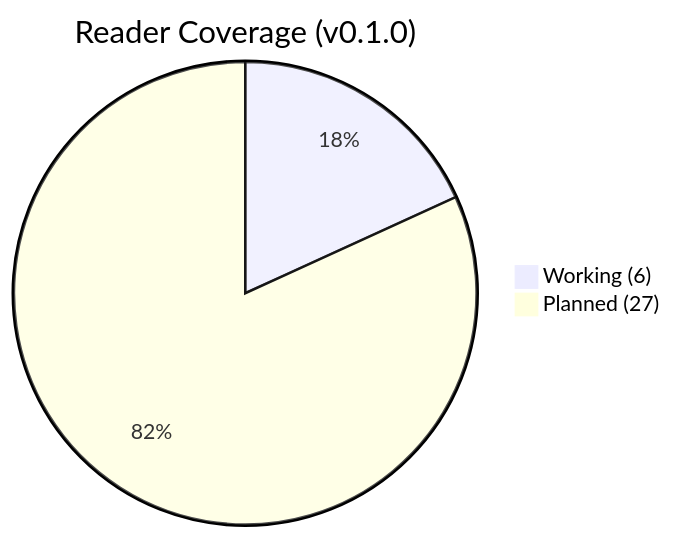
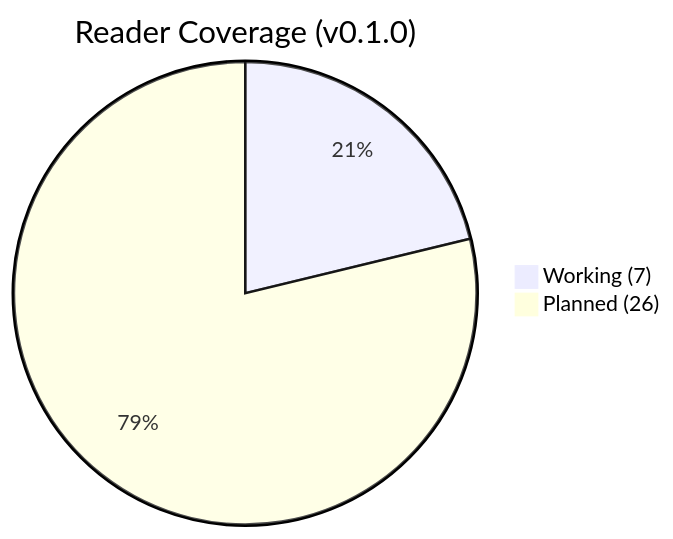
Before and after one commit to andiekobbietks/AgentSON: the first of 2 diagrams in README.md, drawn with Mermaid. The commit also changed other lines of this file and 5 other files, not shown here.

````diff
--- a/README.md
+++ b/README.md
@@ -55,5 +55,5 @@
 ```mermaid
 pie title Reader Coverage (v0.1.0)
-    "Working (6)" : 6
-    "Planned (27)" : 27
+    "Working (7)" : 7
+    "Planned (26)" : 26
 ```
````
